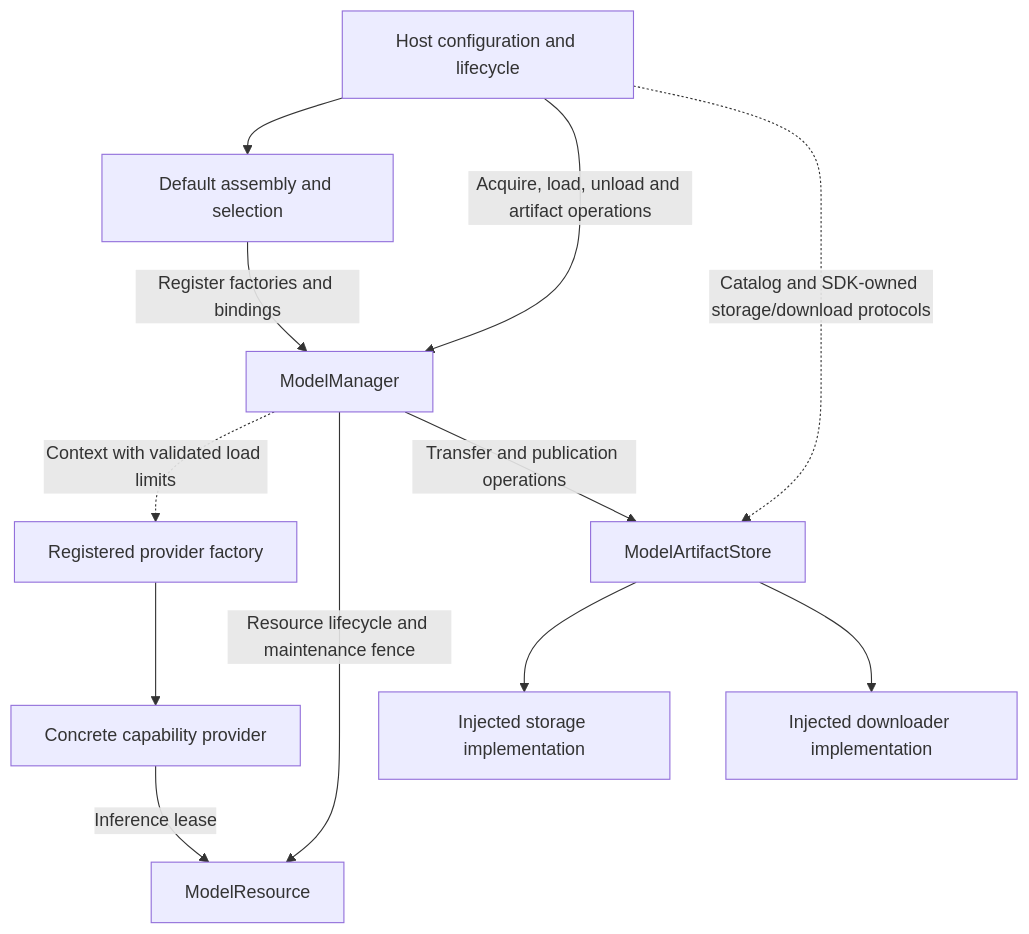
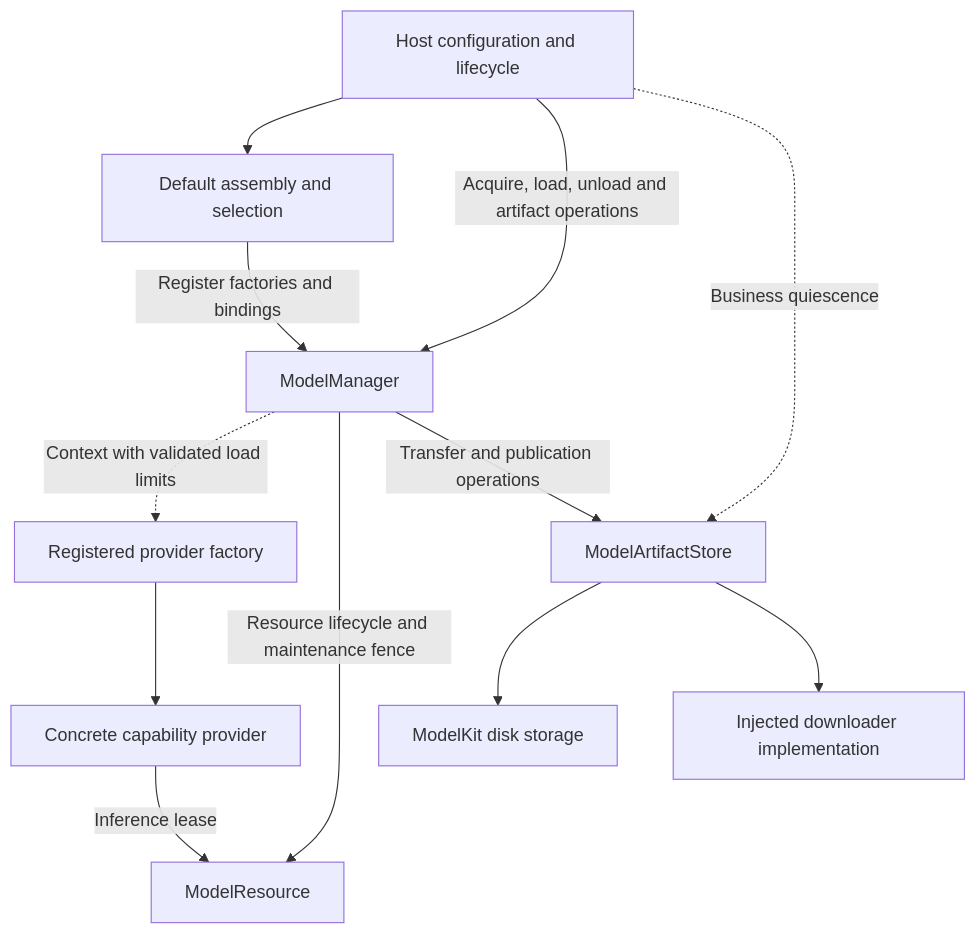
The diagram in MobileHarness/ModelKit/Support/Management/README.md (devilyouwei/MobileHarness), drawn with Mermaid before and after one commit. The commit also changed other lines of this file and 74 other files, not shown here.

Commit message:
Consolidate model artifact management in ModelKit and remove D3 Lite

````diff
--- a/MobileHarness/ModelKit/Support/Management/README.md
+++ b/MobileHarness/ModelKit/Support/Management/README.md
@@ -25,14 +25,14 @@
 ```mermaid
 flowchart TB
  Host[Host configuration and lifecycle] --> Defaults[Default assembly and selection]
  Defaults -->|Register factories and bindings| Manager[ModelManager]
  Host -->|Acquire, load, unload and artifact operations| Manager
  Manager -.->|Context with validated load limits| Factory[Registered provider factory]
  Factory --> Provider[Concrete capability provider]
  Provider -->|Inference lease| Resource[ModelResource]
  Manager -->|Resource lifecycle and maintenance fence| Resource
  Manager -->|Transfer and publication operations| Artifacts[ModelArtifactStore]
- Host -.->|Catalog and SDK-owned storage/download protocols| Artifacts
- Artifacts --> Storage[Injected storage implementation]
+ Host -.->|Business quiescence| Artifacts
+ Artifacts --> Storage[ModelKit disk storage]
  Artifacts --> Downloader[Injected downloader implementation]
 ```
````
